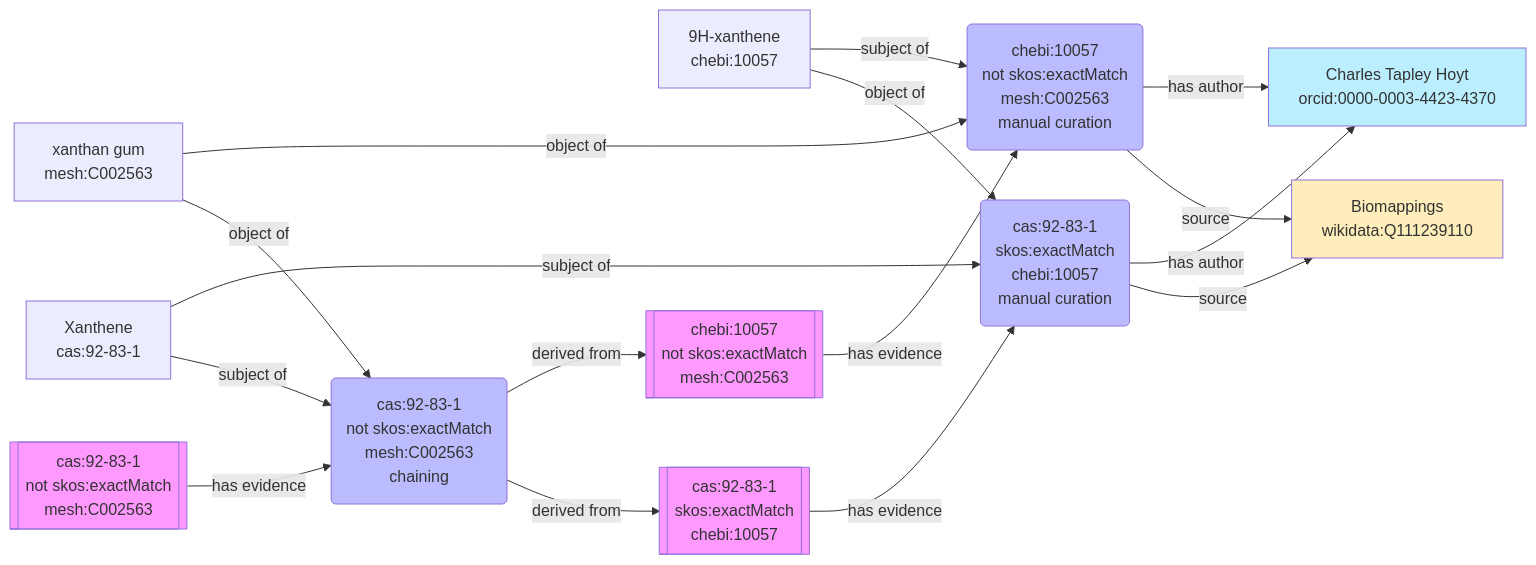
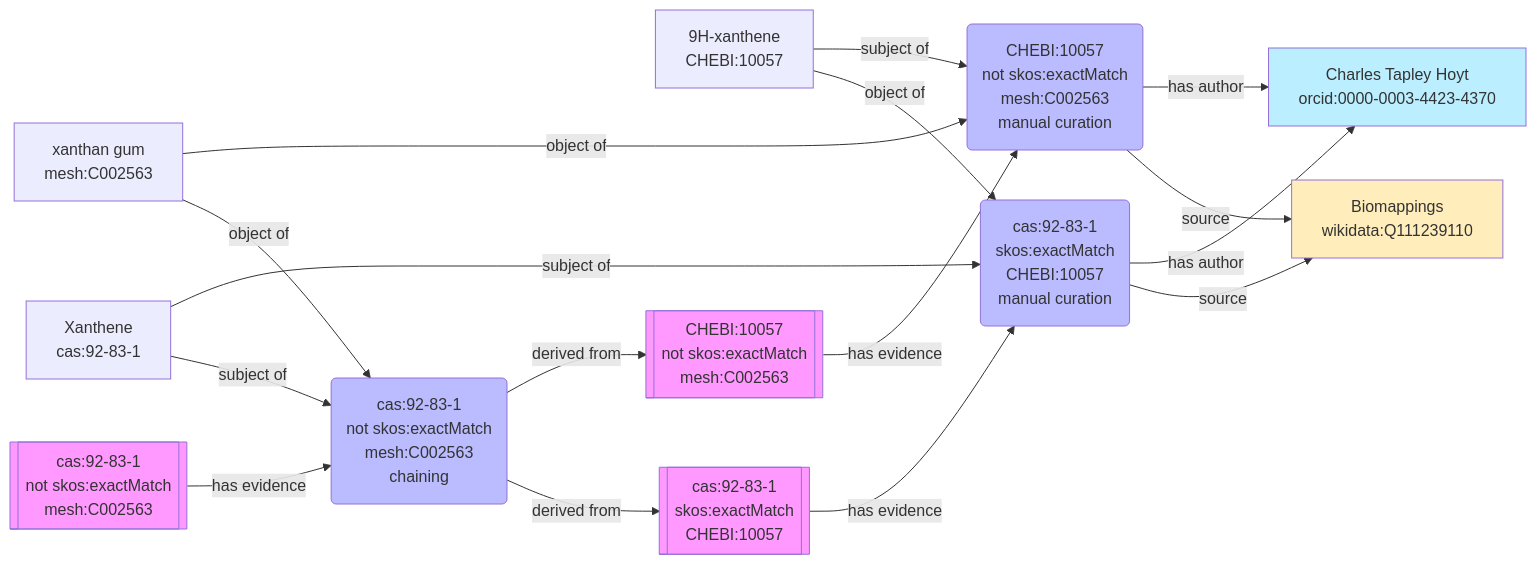
Before and after one commit to cthoyt/cthoyt.github.io: the seventh of 9 diagrams in _posts/2026/2026-05-29-sssom-derived-from.md, drawn with Mermaid. The commit also changed other lines of this file, not shown here.

````diff
--- a/_posts/2026/2026-05-29-sssom-derived-from.md
+++ b/_posts/2026/2026-05-29-sssom-derived-from.md
@@ -204,57 +337,57 @@
 ```mermaid
 flowchart LR
-  chebi:10057[9H-xanthene
-chebi:10057]
-  mesh:C002563[xanthan gum
+    CHEBI:10057[9H-xanthene
+CHEBI:10057]
+mesh:C002563[xanthan gum
 mesh:C002563]
-  462D9D4128330C63("chebi:10057
+462D9D4128330C63("CHEBI:10057
 not skos:exactMatch
 mesh:C002563
 manual curation")
-  style 462D9D4128330C63 fill:#bbf
-  orcid:0000-0003-4423-4370[Charles Tapley Hoyt
+style 462D9D4128330C63 fill: #bbf
+orcid:0000-0003-4423-4370[Charles Tapley Hoyt
 orcid:0000-0003-4423-4370]
-  style orcid:0000-0003-4423-4370 fill:#bef
-  wikidata:Q111239110[Biomappings
+style orcid:0000-0003-4423-4370 fill: #bef
+wikidata:Q111239110[Biomappings
 wikidata:Q111239110]
-  style wikidata:Q111239110 fill:#feb
-  58f24ccfaf71431276da873c9e7b77ea61a2425e4e8b283b943542290deb292bN[["chebi:10057
+style wikidata:Q111239110 fill:#feb
+58f24ccfaf71431276da873c9e7b77ea61a2425e4e8b283b943542290deb292bN[["CHEBI:10057
 not skos:exactMatch
 mesh:C002563"]]
-  style 58f24ccfaf71431276da873c9e7b77ea61a2425e4e8b283b943542290deb292bN fill:#f9f
-  cas:92-83-1[Xanthene
+style 58f24ccfaf71431276da873c9e7b77ea61a2425e4e8b283b943542290deb292bN fill: #f9f
+cas:92-83-1[Xanthene
 cas:92-83-1]
-  190EA9377428B4CB("cas:92-83-1
+190EA9377428B4CB("cas:92-83-1
 skos:exactMatch
-chebi:10057
+CHEBI:10057
 manual curation")
-  style 190EA9377428B4CB fill:#bbf
-  bb1162fb2afb1c519c0aa8be98c352061720af220e2d052c571a1fecabff9800[["cas:92-83-1
+style 190EA9377428B4CB fill: #bbf
+bb1162fb2afb1c519c0aa8be98c352061720af220e2d052c571a1fecabff9800[["cas:92-83-1
 skos:exactMatch
-chebi:10057"]]
-  style bb1162fb2afb1c519c0aa8be98c352061720af220e2d052c571a1fecabff9800 fill:#f9f
-  25AC613A93F7EF14("cas:92-83-1
+CHEBI:10057"]]
+style bb1162fb2afb1c519c0aa8be98c352061720af220e2d052c571a1fecabff9800 fill: #f9f
+25AC613A93F7EF14("cas:92-83-1
 not skos:exactMatch
 mesh:C002563
 chaining")
-  style 25AC613A93F7EF14 fill:#bbf
-  84238c3cc875f0939ee4a8cf76bf33f216784434756833e3ba8d1b1183c372f5N[["cas:92-83-1
+style 25AC613A93F7EF14 fill: #bbf
+84238c3cc875f0939ee4a8cf76bf33f216784434756833e3ba8d1b1183c372f5N[["cas:92-83-1
 not skos:exactMatch
 mesh:C002563"]]
-  style 84238c3cc875f0939ee4a8cf76bf33f216784434756833e3ba8d1b1183c372f5N fill:#f9f
-  462D9D4128330C63-->|has author|orcid:0000-0003-4423-4370
-  462D9D4128330C63-->|source|wikidata:Q111239110
-  chebi:10057-->|subject of|462D9D4128330C63
-  mesh:C002563-->|object of|462D9D4128330C63
-  58f24ccfaf71431276da873c9e7b77ea61a2425e4e8b283b943542290deb292bN-->|has evidence|462D9D4128330C63
-  190EA9377428B4CB-->|has author|orcid:0000-0003-4423-4370
-  190EA9377428B4CB-->|source|wikidata:Q111239110
-  cas:92-83-1-->|subject of|190EA9377428B4CB
-  chebi:10057-->|object of|190EA9377428B4CB
-  bb1162fb2afb1c519c0aa8be98c352061720af220e2d052c571a1fecabff9800-->|has evidence|190EA9377428B4CB
-  cas:92-83-1-->|subject of|25AC613A93F7EF14
-  mesh:C002563-->|object of|25AC613A93F7EF14
-  84238c3cc875f0939ee4a8cf76bf33f216784434756833e3ba8d1b1183c372f5N-->|has evidence|25AC613A93F7EF14
-  25AC613A93F7EF14-->|derived from|58f24ccfaf71431276da873c9e7b77ea61a2425e4e8b283b943542290deb292bN
-  25AC613A93F7EF14-->|derived from|bb1162fb2afb1c519c0aa8be98c352061720af220e2d052c571a1fecabff9800
+style 84238c3cc875f0939ee4a8cf76bf33f216784434756833e3ba8d1b1183c372f5N fill: #f9f
+462D9D4128330C63 -->|has author|orcid:0000-0003-4423-4370
+462D9D4128330C63 -->|source|wikidata:Q111239110
+CHEBI:10057 -->|subject of|462D9D4128330C63
+mesh:C002563 -->|object of|462D9D4128330C63
+58f24ccfaf71431276da873c9e7b77ea61a2425e4e8b283b943542290deb292bN -->|has evidence|462D9D4128330C63
+190EA9377428B4CB -->|has author|orcid:0000-0003-4423-4370
+190EA9377428B4CB -->|source|wikidata:Q111239110
+cas:92-83-1 -->|subject of|190EA9377428B4CB
+CHEBI:10057 -->|object of|190EA9377428B4CB
+bb1162fb2afb1c519c0aa8be98c352061720af220e2d052c571a1fecabff9800 -->|has evidence|190EA9377428B4CB
+cas:92-83-1 -->|subject of|25AC613A93F7EF14
+mesh:C002563 -->|object of|25AC613A93F7EF14
+84238c3cc875f0939ee4a8cf76bf33f216784434756833e3ba8d1b1183c372f5N -->|has evidence|25AC613A93F7EF14
+25AC613A93F7EF14 -->|derived from|58f24ccfaf71431276da873c9e7b77ea61a2425e4e8b283b943542290deb292bN
+25AC613A93F7EF14 -->|derived from|bb1162fb2afb1c519c0aa8be98c352061720af220e2d052c571a1fecabff9800
 ```
````
